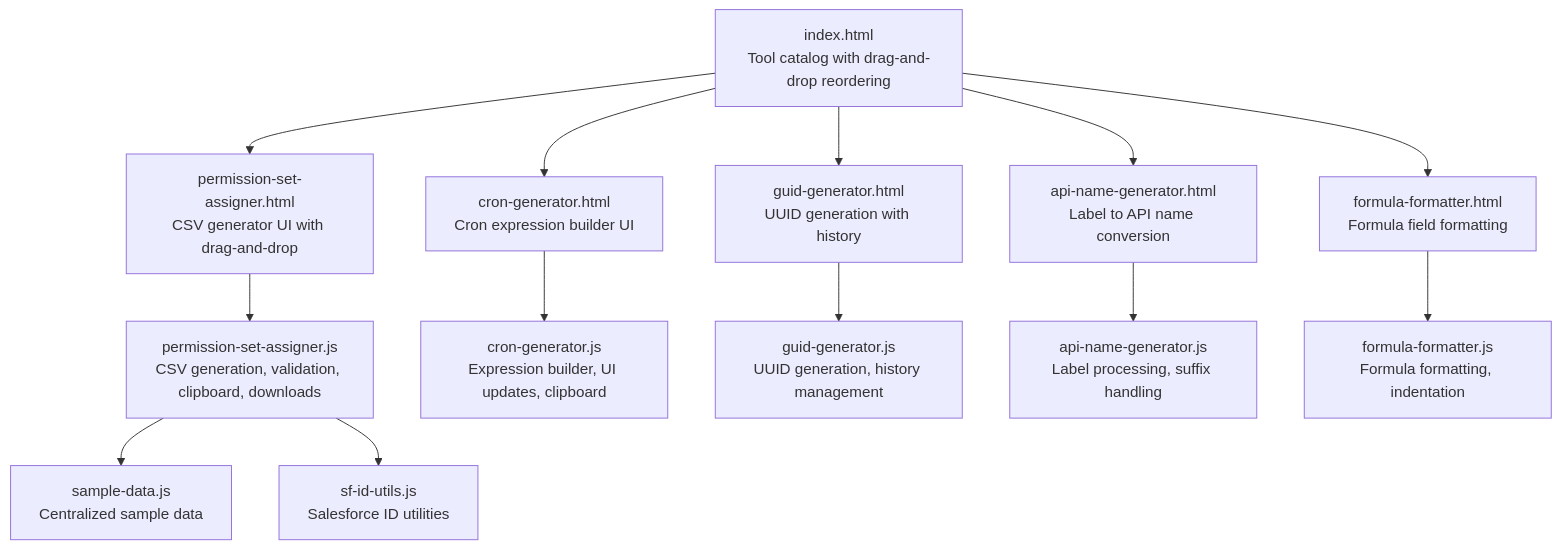
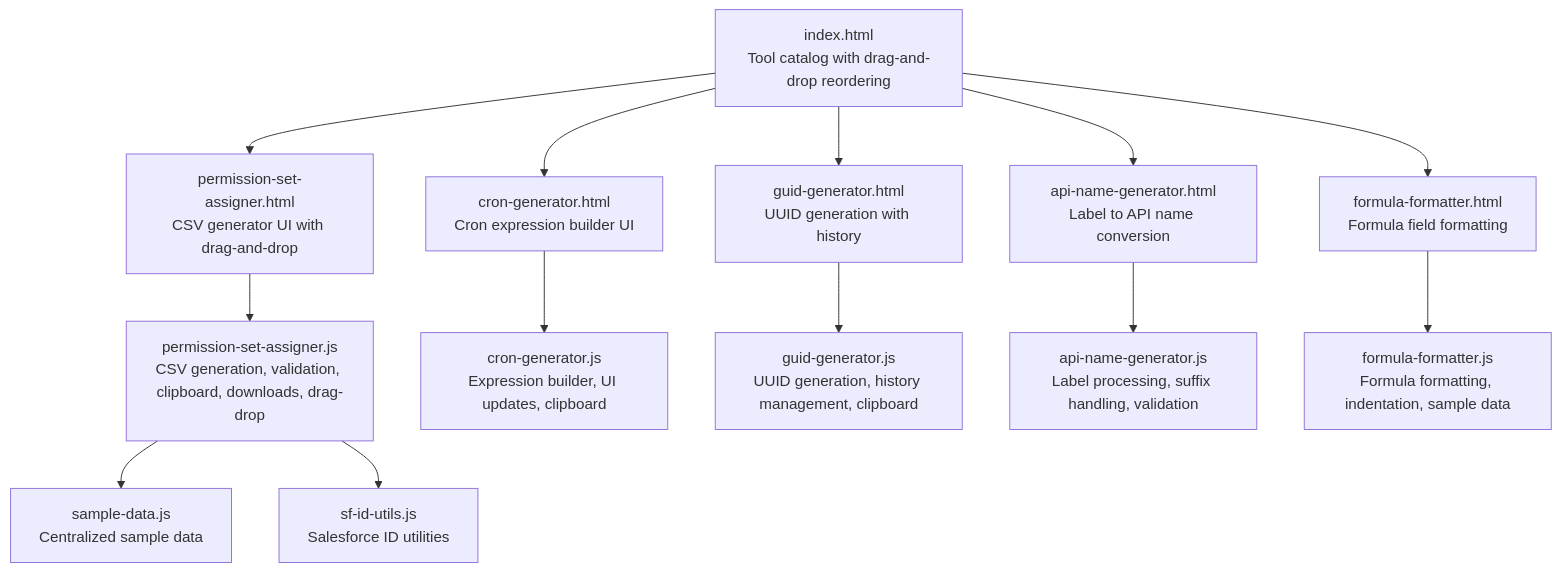
Before and after one commit to escaleraalcielo/developer-utilities: the first of 9 diagrams in .qoder/repowiki/en/content/Administrative Tools/Administrative Tools.md, drawn with Mermaid. The commit also changed other lines of this file and 3 other files, not shown here.

````diff
--- a/.qoder/repowiki/en/content/Administrative Tools/Administrative Tools.md
+++ b/.qoder/repowiki/en/content/Administrative Tools/Administrative Tools.md
@@ -57,15 +62,15 @@
 ```mermaid
 graph TB
 Index["index.html<br/>Tool catalog with drag-and-drop reordering"] --> PermAssigner["permission-set-assigner.html<br/>CSV generator UI with drag-and-drop"]
 Index --> CronGen["cron-generator.html<br/>Cron expression builder UI"]
 Index --> GUIDGen["guid-generator.html<br/>UUID generation with history"]
 Index --> APINameGen["api-name-generator.html<br/>Label to API name conversion"]
 Index --> FormulaFmt["formula-formatter.html<br/>Formula field formatting"]
-PermAssigner --> PermAssignerJS["permission-set-assigner.js<br/>CSV generation, validation, clipboard, downloads"]
+PermAssigner --> PermAssignerJS["permission-set-assigner.js<br/>CSV generation, validation, clipboard, downloads, drag-drop"]
 CronGen --> CronGenJS["cron-generator.js<br/>Expression builder, UI updates, clipboard"]
-GUIDGen --> GUIDGenJS["guid-generator.js<br/>UUID generation, history management"]
-APINameGen --> APINameGenJS["api-name-generator.js<br/>Label processing, suffix handling"]
-FormulaFmt --> FormulaFmtJS["formula-formatter.js<br/>Formula formatting, indentation"]
+GUIDGen --> GUIDGenJS["guid-generator.js<br/>UUID generation, history management, clipboard"]
+APINameGen --> APINameGenJS["api-name-generator.js<br/>Label processing, suffix handling, validation"]
+FormulaFmt --> FormulaFmtJS["formula-formatter.js<br/>Formula formatting, indentation, sample data"]
 PermAssignerJS --> SampleData["sample-data.js<br/>Centralized sample data"]
 PermAssignerJS --> SFUtils["sf-id-utils.js<br/>Salesforce ID utilities"]
 ```
````
